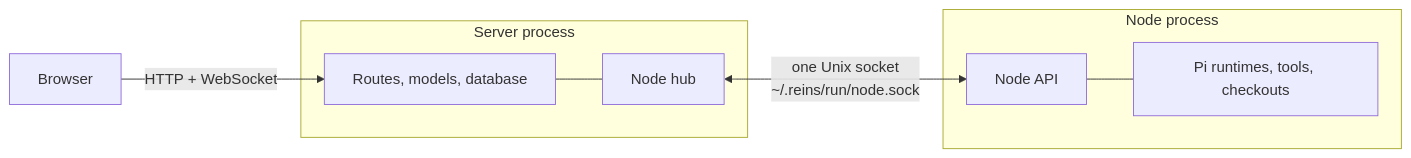
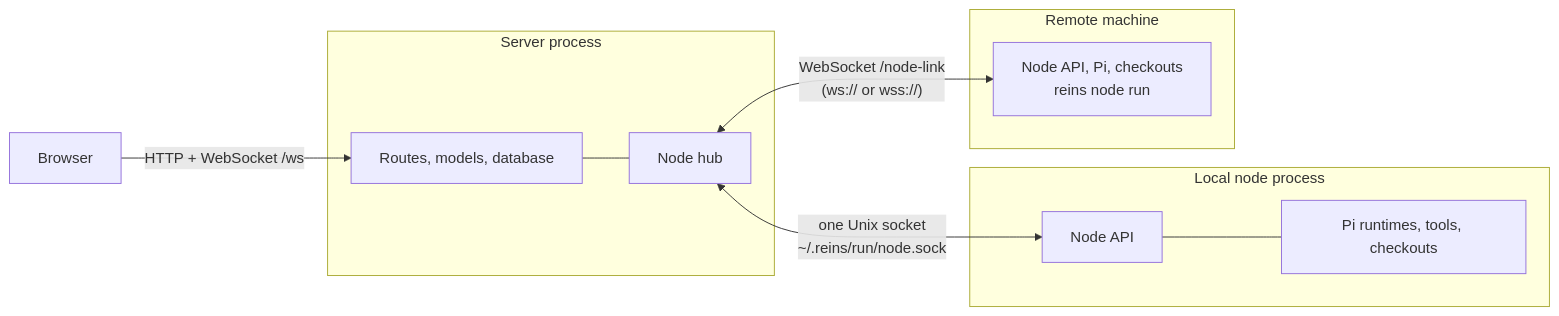
The first of 9 diagrams in docs/dev/node-transport.md (willtcarey/reins), drawn with Mermaid before and after one commit. The commit also changed other lines of this file and 32 other files, not shown here.

Commit message:
Remote transport: JSON-RPC over WebSocket at /node-link, origin from the upgrade request (ADR-024), a 16 MiB frame cap with prompts bounded to it, and reins node run

````diff
--- a/docs/dev/node-transport.md
+++ b/docs/dev/node-transport.md
@@ -11,15 +11,19 @@
 ```mermaid
 graph LR
-    Browser -->|HTTP + WebSocket| Server
+    Browser -->|HTTP + WebSocket /ws| Server
     subgraph Server process
         Server[Routes, models, database]
         Hub[Node hub]
         Server --- Hub
     end
-    subgraph Node process
+    subgraph Local node process
         Node[Node API]
         Pi[Pi runtimes, tools, checkouts]
         Node --- Pi
     end
+    subgraph Remote machine
+        Remote[Node API, Pi, checkouts<br/>reins node run]
+    end
     Hub <-->|"one Unix socket<br/>~/.reins/run/node.sock"| Node
+    Hub <-->|"WebSocket /node-link<br/>(ws:// or wss://)"| Remote
 ```
````
